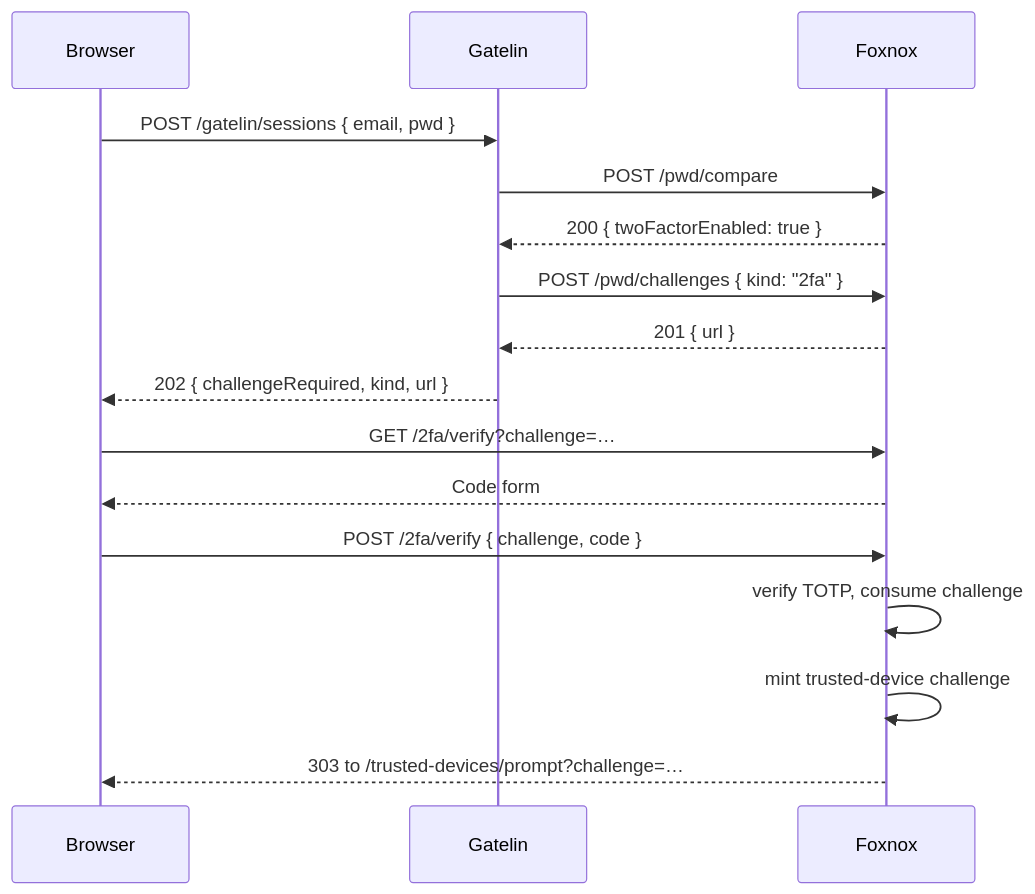
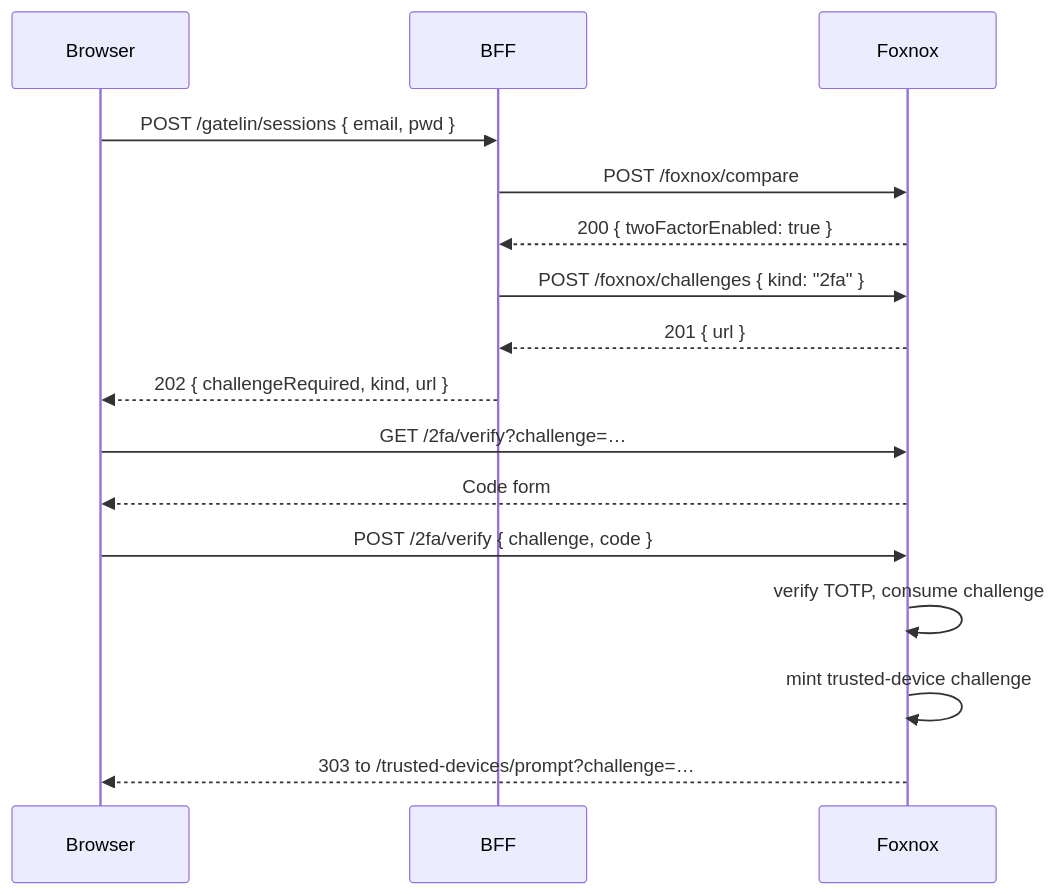
One commit to ALTEN-group/Foxnox changed the diagram in website/docs/guide/workflow-twofa.md. Above: the diagram before and after it, drawn with Mermaid. The commit also changed other lines of this file and 161 other files, not shown here.

````diff
--- a/website/docs/guide/workflow-twofa.md
+++ b/website/docs/guide/workflow-twofa.md
@@ -21,20 +21,20 @@
 ```mermaid
 sequenceDiagram
     participant B as Browser
-    participant G as Gatelin
+    participant G as BFF
     participant F as Foxnox
 
     B->>G: POST /gatelin/sessions { email, pwd }
-    G->>F: POST /pwd/compare
+    G->>F: POST /foxnox/compare
     F-->>G: 200 { twoFactorEnabled: true }
-    G->>F: POST /pwd/challenges { kind: "2fa" }
+    G->>F: POST /foxnox/challenges { kind: "2fa" }
     F-->>G: 201 { url }
     G-->>B: 202 { challengeRequired, kind, url }
 
     B->>F: GET /2fa/verify?challenge=…
     F-->>B: Code form
     B->>F: POST /2fa/verify { challenge, code }
     F->>F: verify TOTP, consume challenge
     F->>F: mint trusted-device challenge
     F-->>B: 303 to /trusted-devices/prompt?challenge=…
 ```
````
